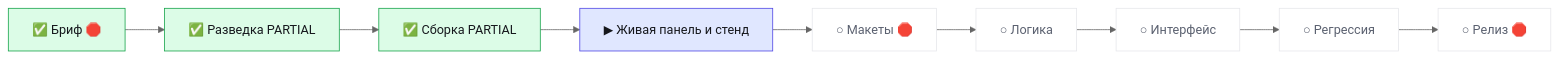
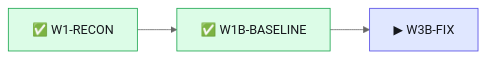
Before and after one commit to helpfulbriefl/rail: the diagram in .bro/STATUS.md, drawn with Mermaid (neutral theme). The commit also changed other lines of this file and 20 other files, not shown here.

````diff
--- a/.bro/STATUS.md
+++ b/.bro/STATUS.md
@@ -8,26 +8,14 @@
 ```mermaid
 flowchart LR
-  n0["✅ Бриф 🛑"]:::done
-  n1["✅ Разведка PARTIAL"]:::done
+  n0["✅ W1-RECON"]:::done
+  n1["✅ W1B-BASELINE"]:::done
   n0 --> n1
-  n2["✅ Сборка PARTIAL"]:::done
+  n2["▶ W3B-FIX"]:::run
   n1 --> n2
-  n3["▶ Живая панель и стенд"]:::run
-  n2 --> n3
-  n4["○ Макеты 🛑"]:::todo
-  n3 --> n4
-  n5["○ Логика"]:::todo
-  n4 --> n5
-  n6["○ Интерфейс"]:::todo
-  n5 --> n6
-  n7["○ Регрессия"]:::todo
-  n6 --> n7
-  n8["○ Релиз 🛑"]:::todo
-  n7 --> n8
   classDef done fill:#DCFCE7,stroke:#16A34A,color:#16181D
   classDef run fill:#E0E7FF,stroke:#4F46E5,color:#16181D
   classDef wait fill:#FEF3C7,stroke:#D97706,color:#16181D
   classDef todo fill:#FFFFFF,stroke:#E6E7EB,color:#5B6170
   classDef pause fill:#F3F4F6,stroke:#9CA3AF,color:#5B6170
   classDef frozen fill:#F3F4F6,stroke:#9CA3AF,color:#5B6170
 ```
````
